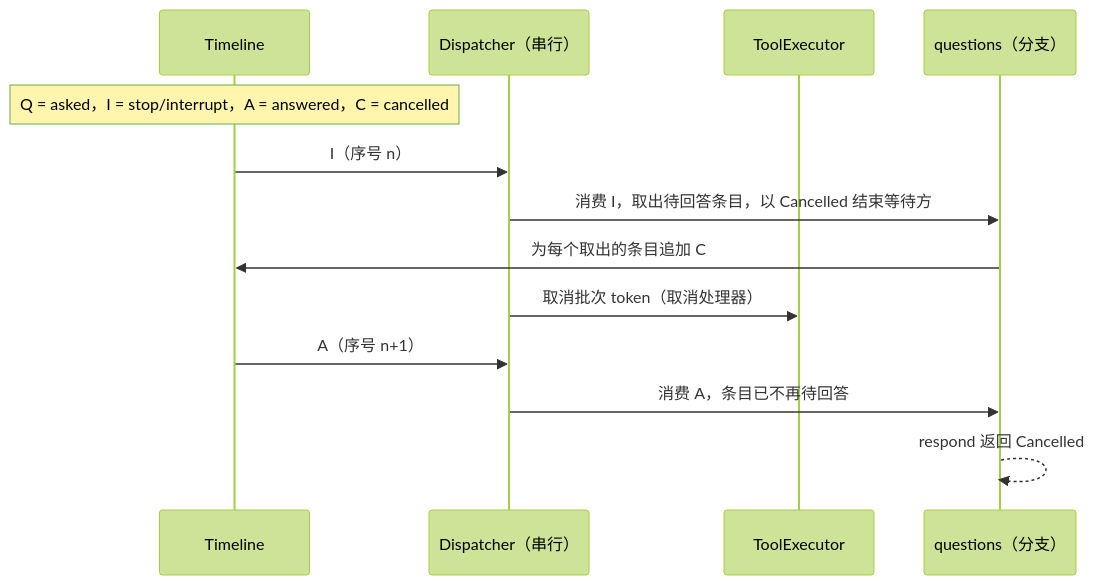
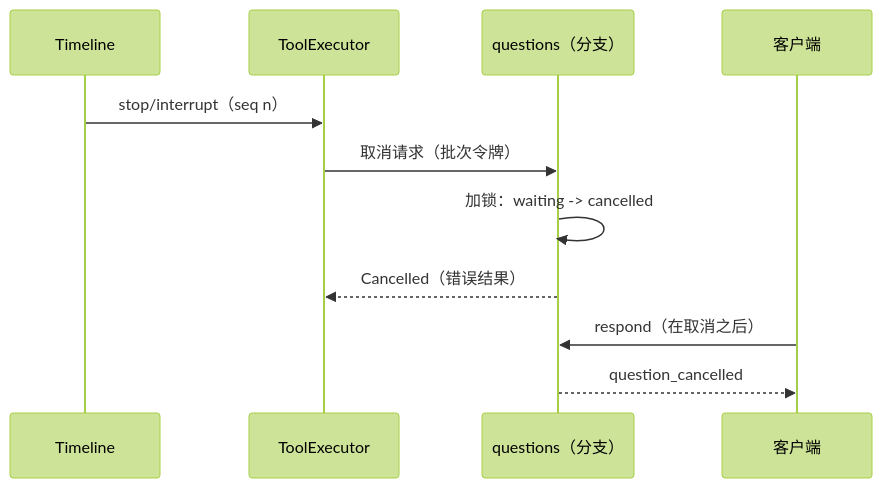
One commit to CoutinhoTTS/dim-agent changed the fourth of 4 diagrams in docs/zh/design/plugins/Questions.md. Above: the diagram before and after it, drawn with Mermaid (forest theme). The commit also changed other lines of this file and 13 other files, not shown here.

````diff
--- a/docs/zh/design/plugins/Questions.md
+++ b/docs/zh/design/plugins/Questions.md
@@ -142,15 +131,13 @@
 ```mermaid
 sequenceDiagram
   participant TL as Timeline
-  participant D as Dispatcher（串行）
   participant TE as ToolExecutor
-  participant Q as questions（分支）
-  Note over TL: Q = asked，I = stop/interrupt，A = answered，C = cancelled
-  TL->>D: I（序号 n）
-  D->>Q: 消费 I，取出待回答条目，以 Cancelled 结束等待方
-  Q->>TL: 为每个取出的条目追加 C
-  D->>TE: 取消批次 token（取消处理器）
-  TL->>D: A（序号 n+1）
-  D->>Q: 消费 A，条目已不再待回答
-  Q-->>Q: respond 返回 Cancelled
+  participant QB as questions（分支）
+  participant C as 客户端
+  TL->>TE: stop/interrupt（seq n）
+  TE->>QB: 取消请求（批次令牌）
+  QB->>QB: 加锁：waiting -> cancelled
+  QB-->>TE: Cancelled（错误结果）
+  C->>QB: respond（在取消之后）
+  QB-->>C: question_cancelled
 ```
````
